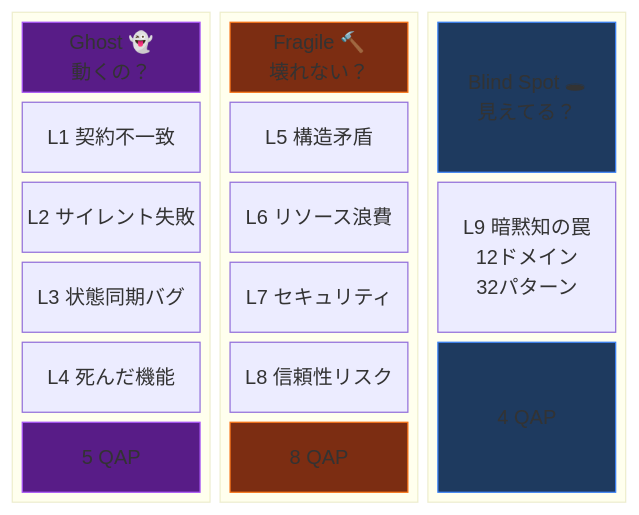
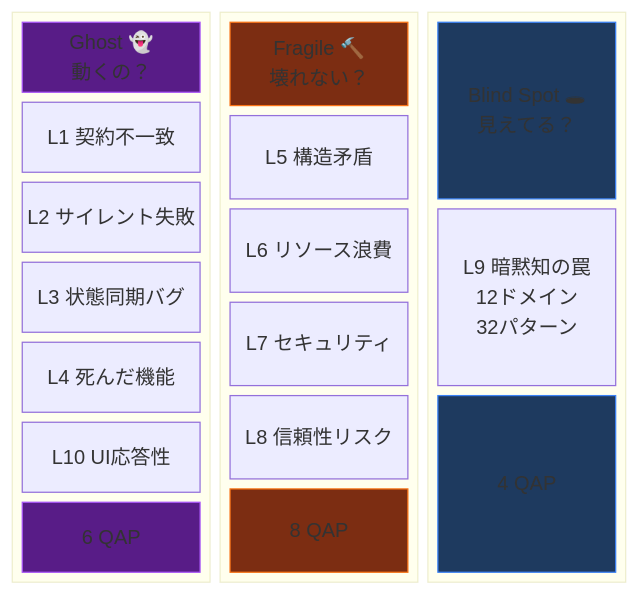
The seventh of 18 diagrams in README.md (ohyesiamy/web-anomaly-detector), drawn with Mermaid before and after one commit. The commit also changed other lines of this file and 10 other files, not shown here.

````diff
--- a/README.md
+++ b/README.md
@@ -356,38 +357,39 @@
 ```mermaid
 block-beta
     columns 3
 
     block:ghost:1
         columns 1
         gh["Ghost 👻\n動くの？"]
         L1["L1 契約不一致"]
         L2["L2 サイレント失敗"]
         L3["L3 状態同期バグ"]
         L4["L4 死んだ機能"]
-        gq["5 QAP"]
+        L10["L10 UI応答性"]
+        gq["6 QAP"]
     end
 
     block:fragile:1
         columns 1
         fr["Fragile 🔨\n壊れない？"]
         L5["L5 構造矛盾"]
         L6["L6 リソース浪費"]
         L7["L7 セキュリティ"]
         L8["L8 信頼性リスク"]
         fq["8 QAP"]
     end
 
     block:blind:1
         columns 1
         bl["Blind Spot 🕳\n見えてる？"]
         L9["L9 暗黙知の罠\n12ドメイン\n32パターン"]
         bq["4 QAP"]
     end
 
     style gh fill:#581c87,stroke:#a855f7,color:#f3e8ff
     style fr fill:#7c2d12,stroke:#f97316,color:#fff7ed
     style bl fill:#1e3a5f,stroke:#3b82f6,color:#eff6ff
     style gq fill:#581c87,stroke:#a855f7,color:#f3e8ff
     style fq fill:#7c2d12,stroke:#f97316,color:#fff7ed
     style bq fill:#1e3a5f,stroke:#3b82f6,color:#eff6ff
 ```
````
